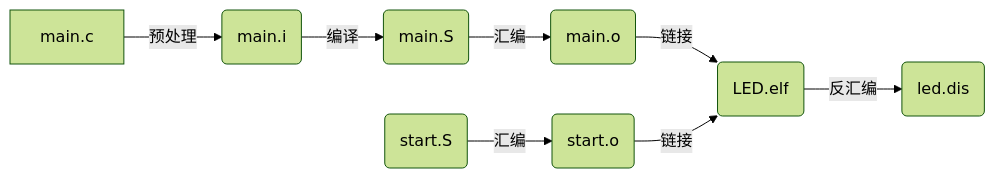
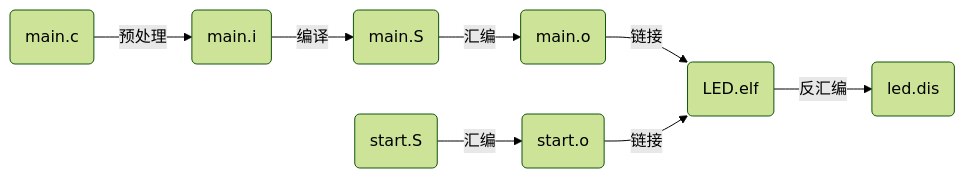
The first of 2 diagrams in docs/notes/嵌入式 linux 应用开发/2-1_GCC编译过程.md (finchee/finchee.github.io), drawn with Mermaid (forest theme) before and after one commit. The commit also changed other lines of this file and 2 other files, not shown here.

````diff
--- a/docs/notes/嵌入式 linux 应用开发/2-1_GCC编译过程.md
+++ b/docs/notes/嵌入式 linux 应用开发/2-1_GCC编译过程.md
@@ -7,10 +7,10 @@
 ``` mermaid
 flowchart LR
-    A[main.c] -->|预处理| B(main.i)
+    A(main.c) -->|预处理| B(main.i)
     B -->|编译| C(main.S)
     C -->|汇编| D(main.o)
     D -->|链接| E(LED.elf)
     E -->|反汇编| F(led.dis)
     G(start.S) -->|汇编| H(start.o)
     H -->|链接| E
 ```
````
